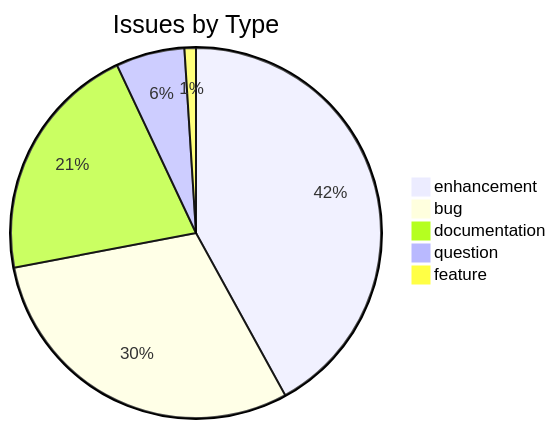
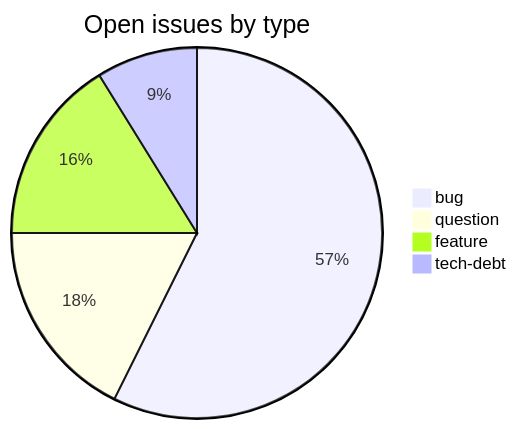
One commit to sanskrit-lexicon/csl-orig changed the first of 2 diagrams in README.md. Above: the diagram before and after it, drawn with Mermaid. The commit also changed other lines of this file, not shown here.

````diff
--- a/README.md
+++ b/README.md
@@ -18,8 +28,7 @@
 ```mermaid
-pie title Issues by Type
-    "enhancement" : 42
-    "bug" : 30
-    "documentation" : 21
-    "question" : 6
-    "feature" : 1
+pie title Open issues by type
+    "bug" : 39
+    "question" : 12
+    "feature" : 11
+    "tech-debt" : 6
 ```
````
